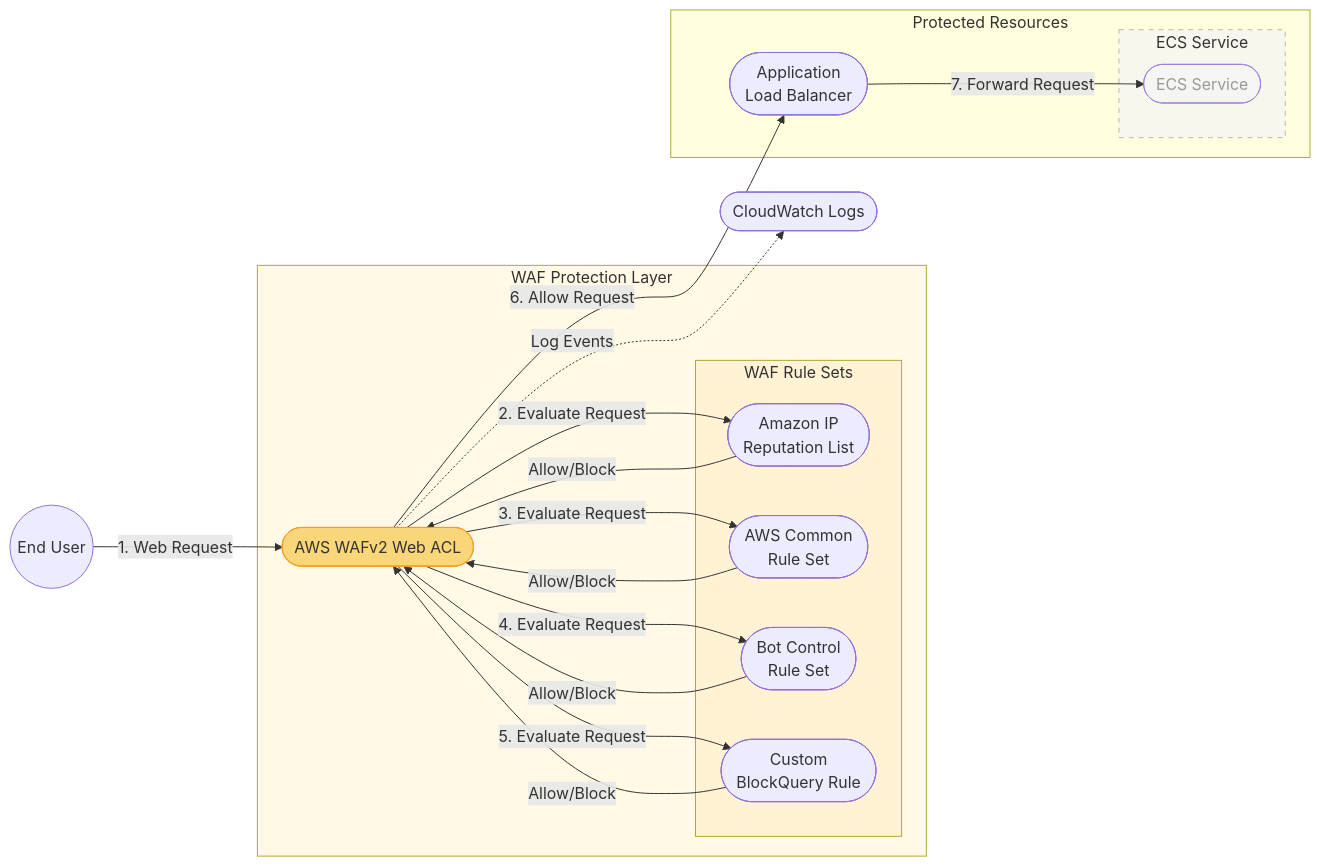
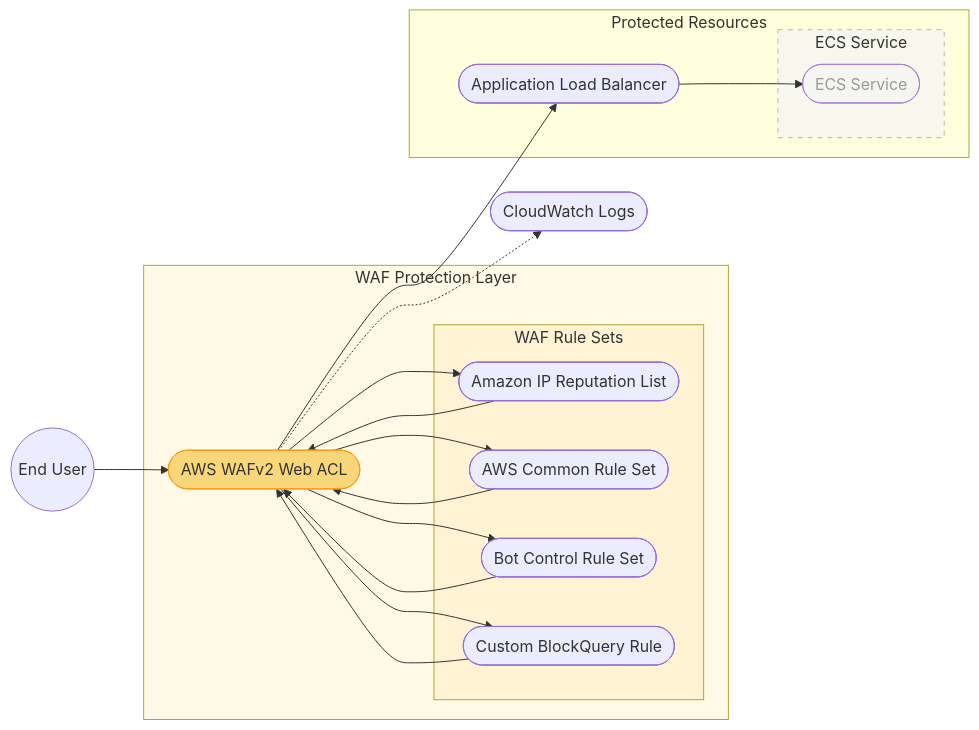
The diagram in standalone-waf-diagram.md (vaughngit/cdk-ecs-alb-waf-owasp-webapp), drawn with Mermaid before and after one commit. The commit also changed 1 other file, not shown here.

Commit message:
fix unspoorted markdown error

````diff
--- a/standalone-waf-diagram.md
+++ b/standalone-waf-diagram.md
@@ -3,46 +3,43 @@
 ```mermaid
 flowchart LR
-    User((End User)) -->|1. Web Request| WAF
+    User((End User)) --> WAF
     
     subgraph WAFProtection[WAF Protection Layer]
         WAF([AWS WAFv2 Web ACL])
         subgraph RuleSets[WAF Rule Sets]
-            IPRule([Amazon IP\nReputation List])
-            CommonRule([AWS Common\nRule Set])
-            BotRule([Bot Control\nRule Set])
-            CustomRule([Custom\nBlockQuery Rule])
+            IPRule([Amazon IP Reputation List])
+            CommonRule([AWS Common Rule Set])
+            BotRule([Bot Control Rule Set])
+            CustomRule([Custom BlockQuery Rule])
         end
         
-        WAF -->|2. Evaluate Request| IPRule
-        WAF -->|3. Evaluate Request| CommonRule
-        WAF -->|4. Evaluate Request| BotRule
-        WAF -->|5. Evaluate Request| CustomRule
+        WAF --> IPRule
+        WAF --> CommonRule
+        WAF --> BotRule
+        WAF --> CustomRule
         
-        IPRule -->|Allow/Block| WAF
-        CommonRule -->|Allow/Block| WAF
-        BotRule -->|Allow/Block| WAF
-        CustomRule -->|Allow/Block| WAF
+        IPRule --> WAF
+        CommonRule --> WAF
+        BotRule --> WAF
+        CustomRule --> WAF
     end
     
-    WAF -->|6. Allow Request| ALB
-    WAF -.->|Log Events| CWLogs([CloudWatch Logs])
+    WAF --> ALB
+    WAF -.-> CWLogs([CloudWatch Logs])
     
     subgraph Resources[Protected Resources]
-        ALB([Application\nLoad Balancer])
+        ALB([Application Load Balancer])
         subgraph ECSCluster[ECS Service]
             style ECSCluster fill:#f5f5f5,stroke:#999,stroke-dasharray: 5 5
             ECS([ECS Service])
             style ECS fill:#f5f5f5,color:#999
         end
-        ALB -->|7. Forward Request| ECS
+        ALB --> ECS
     end
     
     style ECSCluster opacity:0.7
     style ECS opacity:0.7
     style WAF fill:#f9d67a,stroke:#f99c1a
     style WAFProtection fill:#fff9e6
     style RuleSets fill:#fff3d4
-    
-    classDef flowLabel fill:none,stroke:none,color:#666
-    class flowText flowLabel
 ```
````
